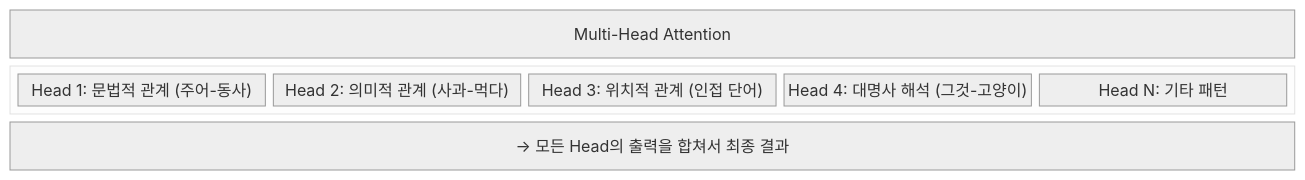
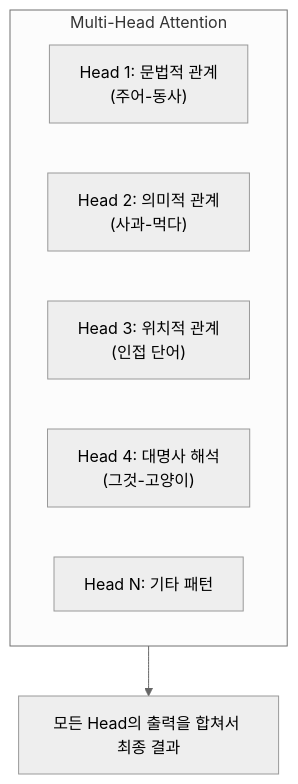
Before and after one commit to speson/tom-learn-ai: the first of 2 diagrams in docs/chapters/02-llm-deep-dive/attention.md, drawn with Mermaid (neutral theme).

Commit message:
Mermaid block-beta 문법을 flowchart로 교체
block-beta는 Mermaid 11.14에서 지원이 불안정하여
attention.md의 Multi-Head Attention 다이어그램을 flowchart TD로 변경.

````diff
--- a/docs/chapters/02-llm-deep-dive/attention.md
+++ b/docs/chapters/02-llm-deep-dive/attention.md
@@ -216,13 +216,11 @@
 ```mermaid
-block-beta
-    columns 1
-    MHA["Multi-Head Attention"]:1
-    block:heads:1
-        H1["Head 1: 문법적 관계 (주어-동사)"]
-        H2["Head 2: 의미적 관계 (사과-먹다)"]
-        H3["Head 3: 위치적 관계 (인접 단어)"]
-        H4["Head 4: 대명사 해석 (그것-고양이)"]
+flowchart TD
+    subgraph MHA["Multi-Head Attention"]
+        H1["Head 1: 문법적 관계\n(주어-동사)"]
+        H2["Head 2: 의미적 관계\n(사과-먹다)"]
+        H3["Head 3: 위치적 관계\n(인접 단어)"]
+        H4["Head 4: 대명사 해석\n(그것-고양이)"]
         HN["Head N: 기타 패턴"]
     end
-    OUT["→ 모든 Head의 출력을 합쳐서 최종 결과"]:1
+    MHA --> OUT["모든 Head의 출력을 합쳐서 최종 결과"]
 ```
````
